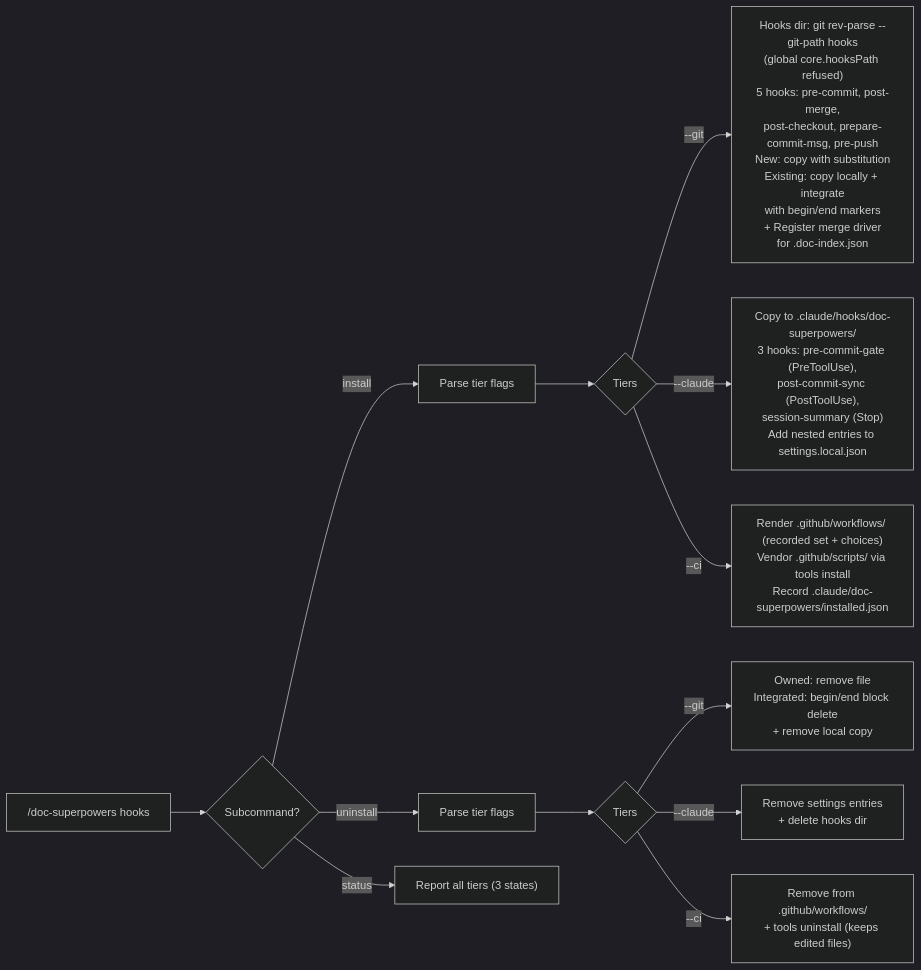
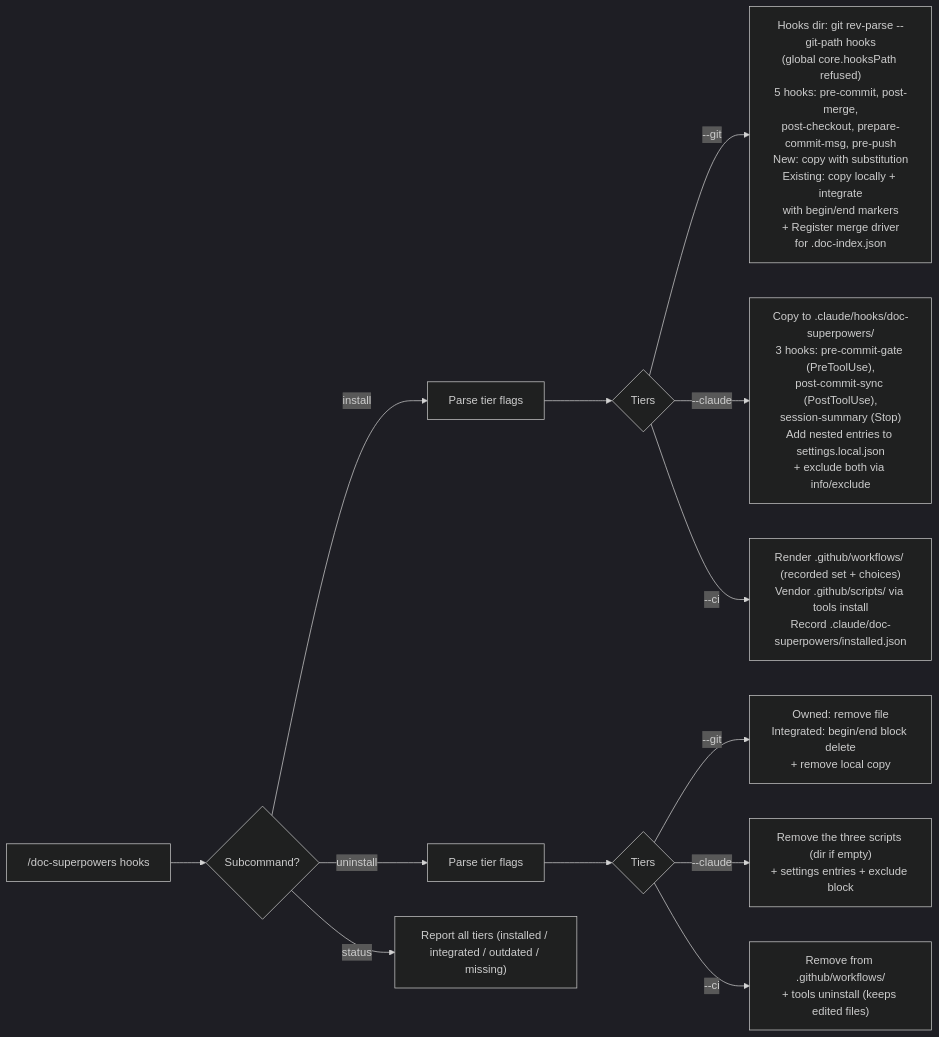
Before and after one commit to woodrowpearson/doc-superpowers: the fifth of 10 diagrams in docs/workflows/doc-superpowers.md, drawn with Mermaid (dark theme). The commit also changed other lines of this file and 8 other files, not shown here.

````diff
--- a/docs/workflows/doc-superpowers.md
+++ b/docs/workflows/doc-superpowers.md
@@ -435,15 +445,15 @@
 ```mermaid
 flowchart LR
   A["/doc-superpowers hooks"] --> B{Subcommand?}
   B -->|install| C["Parse tier flags"]
   B -->|uninstall| D["Parse tier flags"]
-  B -->|status| E["Report all tiers (3 states)"]
+  B -->|status| E["Report all tiers (installed / integrated / outdated / missing)"]
   C --> F{Tiers}
   F -->|--git| G["Hooks dir: git rev-parse --git-path hooks\n(global core.hooksPath refused)\n5 hooks: pre-commit, post-merge,\npost-checkout, prepare-commit-msg, pre-push\nNew: copy with substitution\nExisting: copy locally + integrate\nwith begin/end markers\n+ Register merge driver\nfor .doc-index.json"]
-  F -->|--claude| H["Copy to .claude/hooks/doc-superpowers/\n3 hooks: pre-commit-gate (PreToolUse),\npost-commit-sync (PostToolUse),\nsession-summary (Stop)\nAdd nested entries to settings.local.json"]
+  F -->|--claude| H["Copy to .claude/hooks/doc-superpowers/\n3 hooks: pre-commit-gate (PreToolUse),\npost-commit-sync (PostToolUse),\nsession-summary (Stop)\nAdd nested entries to settings.local.json\n+ exclude both via info/exclude"]
   F -->|--ci| I["Render .github/workflows/ (recorded set + choices)\nVendor .github/scripts/ via tools install\nRecord .claude/doc-superpowers/installed.json"]
   D --> J{Tiers}
   J -->|--git| K["Owned: remove file\nIntegrated: begin/end block delete\n+ remove local copy"]
-  J -->|--claude| L["Remove settings entries\n+ delete hooks dir"]
+  J -->|--claude| L["Remove the three scripts (dir if empty)\n+ settings entries + exclude block"]
   J -->|--ci| M["Remove from .github/workflows/\n+ tools uninstall (keeps edited files)"]
 ```
````
